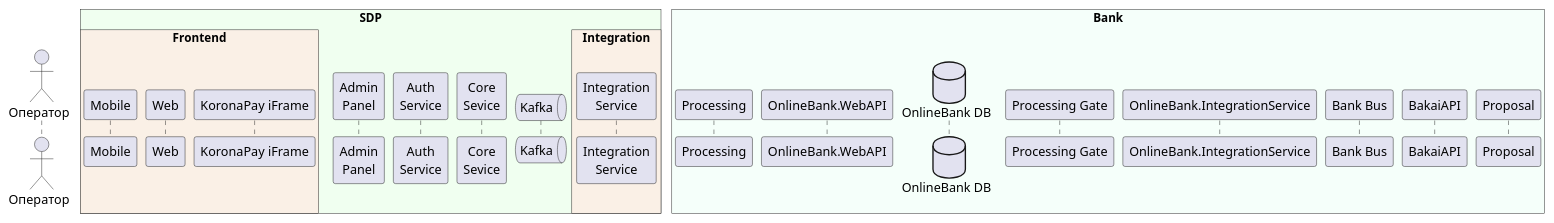
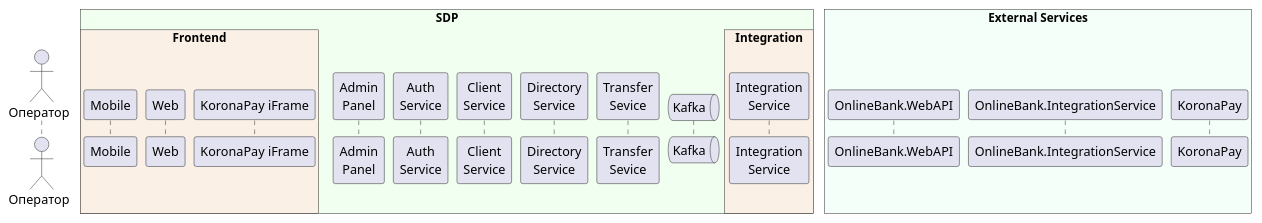
One commit to MIBtester/plantuml-styles changed the diagram in sdp_participants.puml. Above: the diagram before and after it, drawn with PlantUML.

Commit message:
Update participant orders and rename boxes in UML

```diff
--- a/sdp_participants.puml
+++ b/sdp_participants.puml
@@ -1,38 +1,35 @@
 @startuml
 !pragma teoz true
 
 actor Оператор as User order 10
 
 box "SDP" #HoneyDew
 
         box "Frontend" #Linen
             participant "Mobile" as Mobile order 20
             participant "Web" as Web order 25
-            participant "KoronaPay iFrame" as ZK order 27
+            participant "KoronaPay iFrame" as ZK order 30
         end box
 
-    participant "Admin\nPanel" as Admin order 30
-    participant "Auth\nService" as Auth order 33
-    participant "Core\nSevice" as Core order 42
-    queue "Kafka" as Kafka order 63
+    participant "Admin\nPanel" as Admin order 40
+    participant "Auth\nService" as Auth order 50
+    participant "Client\nService" as Client order 60
+    participant "Directory\nService" as Directory order 70
+    participant "Transfer\nSevice" as Core order 80
+    queue "Kafka" as Kafka order 90
 
       box "Integration" #Linen
-        participant "Integration\nService" as Integration order 99
+        participant "Integration\nService" as Integration order 100
       end box
 
 end box
 
-box "Bank" #MintCream
+box "External Services" #MintCream
 
-    participant "Processing" as Processing order 100
-    participant "OnlineBank.WebAPI" as WebAPI order 110
-    database "OnlineBank DB" as OBDB order 120
-    participant "Processing Gate" as Pgate order 130
-    participant "OnlineBank.IntegrationService" as OBIS order 140
-    participant "Bank Bus" as BankBus order 150
-    participant "BakaiAPI" as BakaiAPI order 160
-    participant "Proposal" as Proposal order 170
+    participant "OnlineBank.WebAPI" as OBWA order 110
+    participant "OnlineBank.IntegrationService" as OBIS order 120
+    participant "KoronaPay" as korona order 150
 
 end box
 
 @enduml
```
